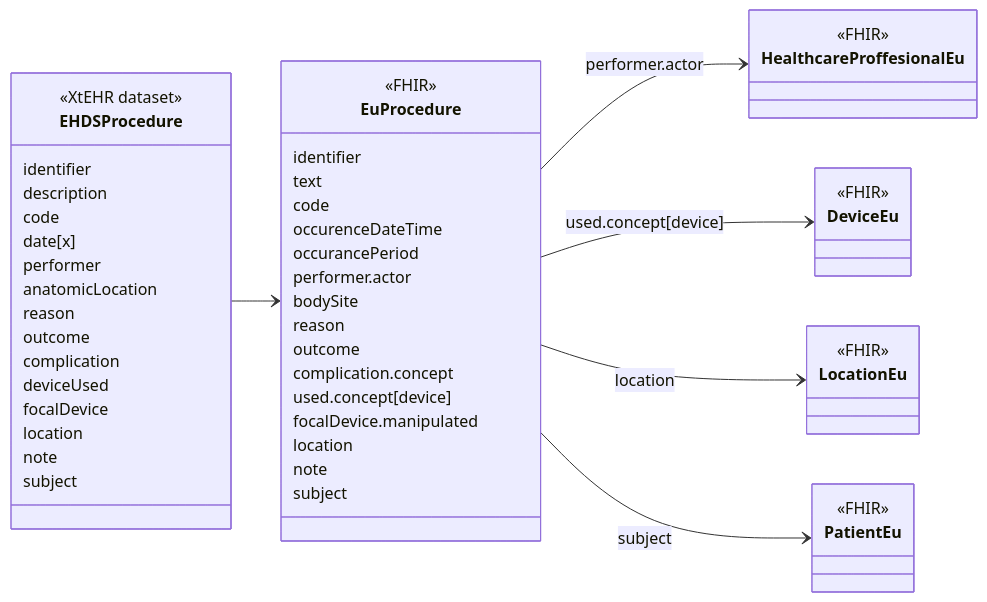
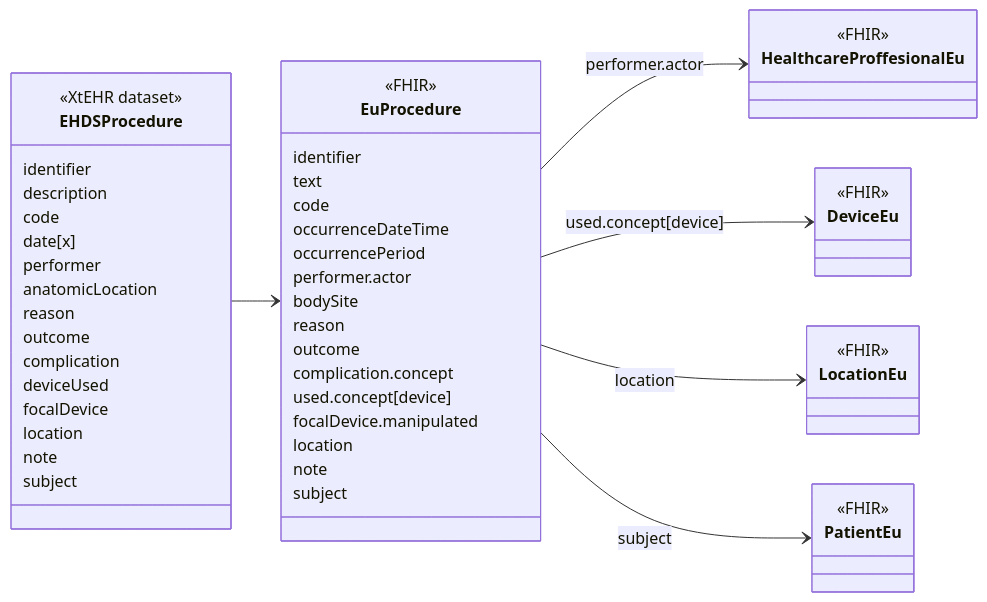
One commit to oijauregui/ehdsimaging changed the diagram in input/intro-notes/ConceptMap-EHDSProcedureMap-intro.md. Above: the diagram before and after it, drawn with Mermaid. The commit also changed 85 other files, not shown here.

````diff
--- a/input/intro-notes/ConceptMap-EHDSProcedureMap-intro.md
+++ b/input/intro-notes/ConceptMap-EHDSProcedureMap-intro.md
@@ -5,58 +5,58 @@
 ```mermaid
 classDiagram
 direction LR
 class EHDSProcedure {
   <<XtEHR dataset>>
   identifier
   description
   code
   date[x]
   performer
   anatomicLocation
   reason
   outcome
   complication
   deviceUsed
   focalDevice
   location
   note
   subject
 }
 link EHDSProcedure "https://build.fhir.org/ig/Xt-EHR/xt-ehr-common/StructureDefinition-EHDSProcedure.html"
 class EuProcedure{
   <<FHIR>>
   identifier
   text
   code
-  occurenceDateTime
-  occurancePeriod
+  occurrenceDateTime
+  occurrencePeriod
   performer.actor
   bodySite
   reason
   outcome
   complication.concept
   used.concept[device]
   focalDevice.manipulated
   location
   note
   subject
 }
 
 class HealthcareProffesionalEu {
   <<FHIR>>
 }
 class DeviceEu {
   <<FHIR>>
 }
 class LocationEu {
   <<FHIR>>
 }
 class PatientEu {
   <<FHIR>>
 }
 EHDSProcedure --> EuProcedure
 EuProcedure --> HealthcareProffesionalEu : performer.actor
 EuProcedure --> DeviceEu : used.concept[device]
 EuProcedure --> LocationEu : location
 EuProcedure --> PatientEu : subject
 ```
````
